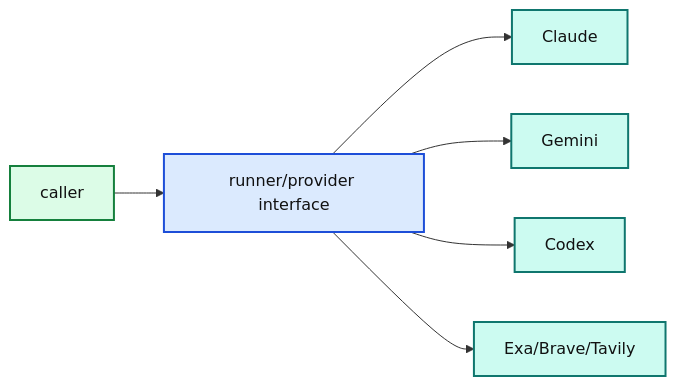
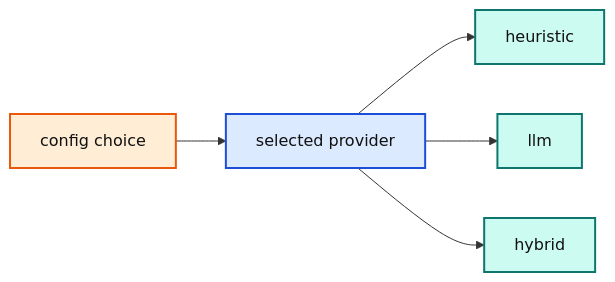
One commit to reshinto/social-research-probe changed the diagram in docs/diagrams/src/dp_strategy.mmd. Above: the diagram before and after it, drawn with Mermaid. The commit also changed 107 other files, not shown here.

```diff
--- a/docs/diagrams/src/dp_strategy.mmd
+++ b/docs/diagrams/src/dp_strategy.mmd
@@ -1,18 +1,17 @@
 %%{init: {"theme":"base","themeVariables":{"background":"#ffffff","mainBkg":"#ffffff","primaryTextColor":"#111111","lineColor":"#333333","fontFamily":"Arial, sans-serif","clusterBkg":"#ffffff","clusterBorder":"#d0d7de"}}}%%
 flowchart LR
-  Caller["caller"] --> Contract["runner/provider interface"]
-  Contract --> A["Claude"]
-  Contract --> B["Gemini"]
-  Contract --> C["Codex"]
-  Contract --> D["Exa/Brave/Tavily"]
+  Config["config choice"] --> Strategy["selected provider"]
+  Strategy --> Heuristic["heuristic"]
+  Strategy --> LLM["llm"]
+  Strategy --> Hybrid["hybrid"]
+  class Config config;
+  class Strategy process;
+  class Heuristic,LLM,Hybrid external;
 
   classDef input fill:#dcfce7,stroke:#15803d,color:#111111,stroke-width:2px;
   classDef process fill:#dbeafe,stroke:#1d4ed8,color:#111111,stroke-width:2px;
   classDef analysis fill:#fef3c7,stroke:#d97706,color:#111111,stroke-width:2px;
   classDef external fill:#ccfbf1,stroke:#0f766e,color:#111111,stroke-width:2px;
   classDef output fill:#ede9fe,stroke:#7c3aed,color:#111111,stroke-width:2px;
   classDef config fill:#ffedd5,stroke:#ea580c,color:#111111,stroke-width:2px;
   classDef risk fill:#fee2e2,stroke:#dc2626,color:#111111,stroke-width:2px;
-  class Caller input;
-  class Contract process;
-  class A,B,C,D external;
```
